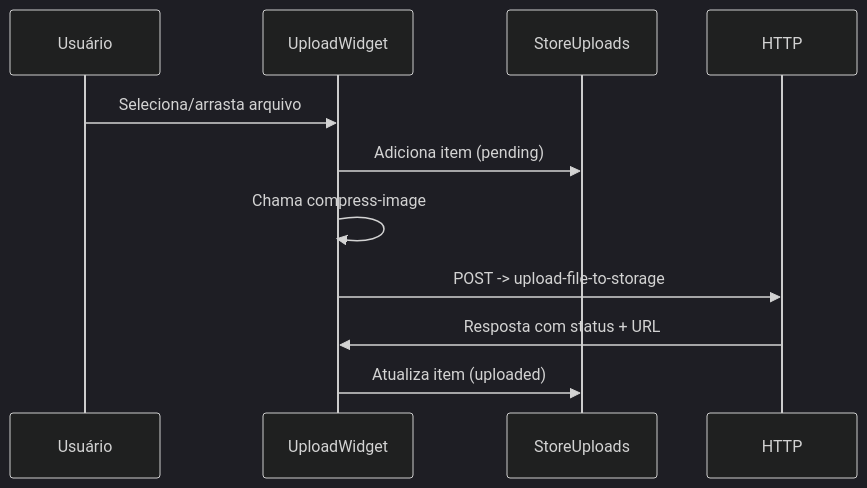
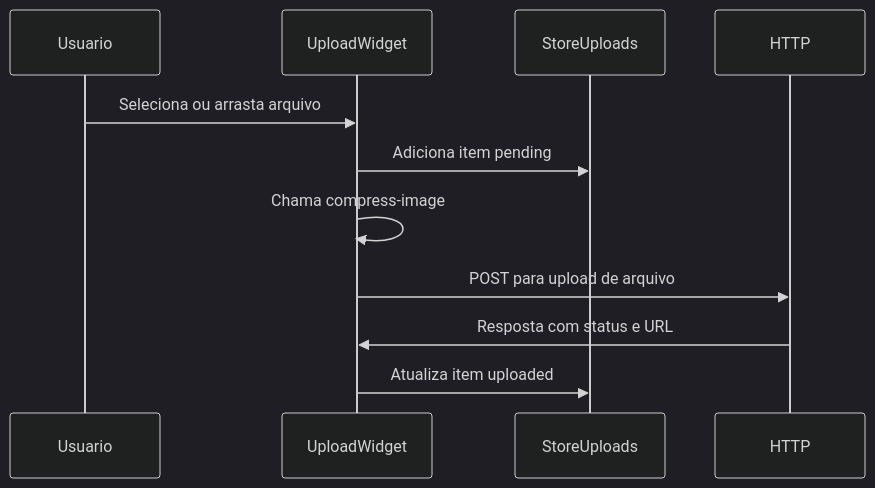
One commit to burn-c/upload-widget-web changed the second of 2 diagrams in README.md. Above: the diagram before and after it, drawn with Mermaid (dark theme). The commit also changed other lines of this file, not shown here.

Commit message:
docs: fix mermaid

````diff
--- a/README.md
+++ b/README.md
@@ -44,14 +44,14 @@
 ```mermaid
 sequenceDiagram
-  participant U as Usuário
+  participant U as Usuario
   participant W as UploadWidget
   participant S as StoreUploads
   participant H as HTTP
-  U->>W: Seleciona/arrasta arquivo
-  W->>S: Adiciona item (pending)
+  U->>W: Seleciona ou arrasta arquivo
+  W->>S: Adiciona item pending
   W->>W: Chama compress-image
-  W->>H: POST -> upload-file-to-storage
-  H->>W: Resposta com status + URL
-  W->>S: Atualiza item (uploaded)
+  W->>H: POST para upload de arquivo
+  H->>W: Resposta com status e URL
+  W->>S: Atualiza item uploaded
 
 ```
````
